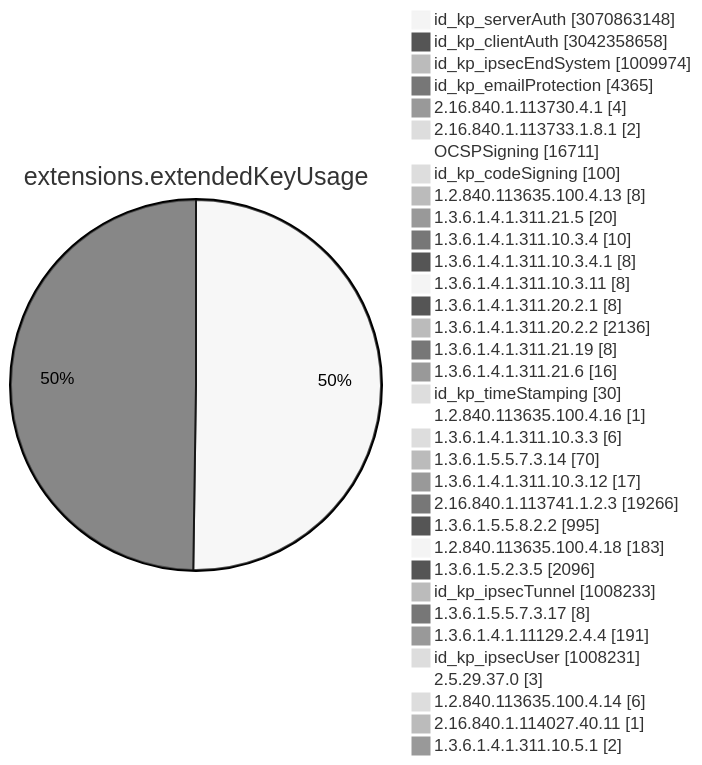
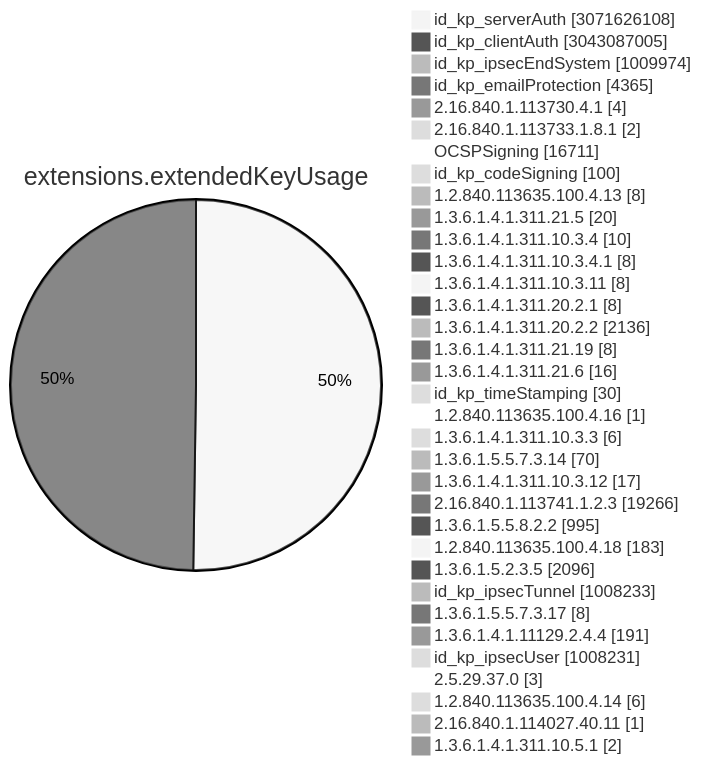
Diagram 11 of 15 in TOTAL/README.md (christiankrug/ctmonitor_visualization), drawn with Mermaid (neutral theme) before and after one commit. The commit also changed other lines of this file, not shown here.

````diff
--- a/TOTAL/README.md
+++ b/TOTAL/README.md
@@ -4117,38 +4117,38 @@
 ```mermaid
 pie showData
 title extensions.extendedKeyUsage
-"id_kp_serverAuth" :3070863148
-"id_kp_clientAuth" :3042358658
+"id_kp_serverAuth" :3071626108
+"id_kp_clientAuth" :3043087005
 "id_kp_ipsecEndSystem" :1009974
 "id_kp_emailProtection" :4365
 "2.16.840.1.113730.4.1" :4
 "2.16.840.1.113733.1.8.1" :2
 "OCSPSigning" :16711
 "id_kp_codeSigning" :100
 "1.2.840.113635.100.4.13" :8
 "1.3.6.1.4.1.311.21.5" :20
 "1.3.6.1.4.1.311.10.3.4" :10
 "1.3.6.1.4.1.311.10.3.4.1" :8
 "1.3.6.1.4.1.311.10.3.11" :8
 "1.3.6.1.4.1.311.20.2.1" :8
 "1.3.6.1.4.1.311.20.2.2" :2136
 "1.3.6.1.4.1.311.21.19" :8
 "1.3.6.1.4.1.311.21.6" :16
 "id_kp_timeStamping" :30
 "1.2.840.113635.100.4.16" :1
 "1.3.6.1.4.1.311.10.3.3" :6
 "1.3.6.1.5.5.7.3.14" :70
 "1.3.6.1.4.1.311.10.3.12" :17
 "2.16.840.1.113741.1.2.3" :19266
 "1.3.6.1.5.5.8.2.2" :995
 "1.2.840.113635.100.4.18" :183
 "1.3.6.1.5.2.3.5" :2096
 "id_kp_ipsecTunnel" :1008233
 "1.3.6.1.5.5.7.3.17" :8
 "1.3.6.1.4.1.11129.2.4.4" :191
 "id_kp_ipsecUser" :1008231
 "2.5.29.37.0" :3
 "1.2.840.113635.100.4.14" :6
 "2.16.840.1.114027.40.11" :1
 "1.3.6.1.4.1.311.10.5.1" :2
 ```
````
